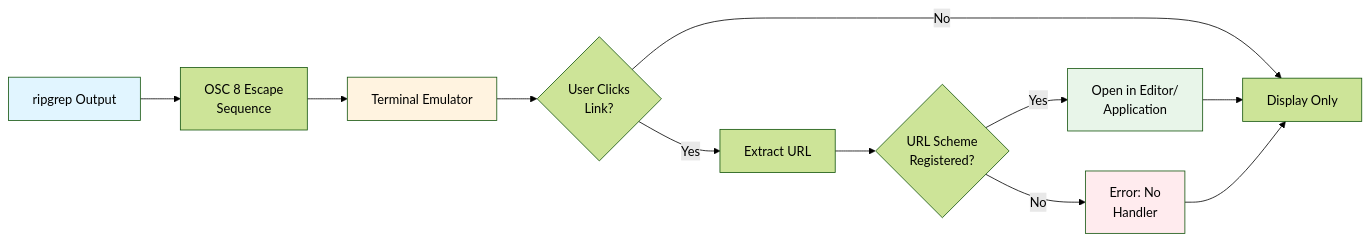
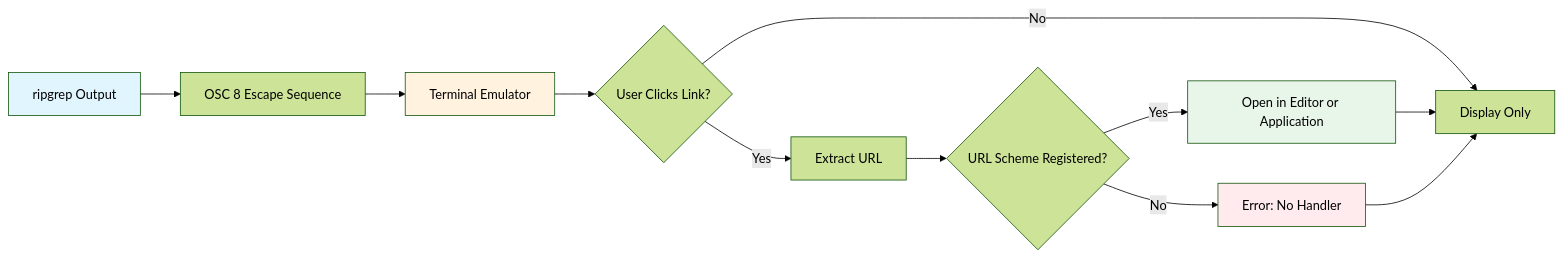
The diagram in docs/hyperlinks.md (iepathos/ripgrep), drawn with Mermaid (forest theme) before and after one commit. The commit also changed other lines of this file, not shown here.

First line of the commit message:
docs: enhance hyperlinks page with improved diagram syntax and strategic admonitions

````diff
--- a/docs/hyperlinks.md
+++ b/docs/hyperlinks.md
@@ -13,23 +13,18 @@
 ```mermaid
 flowchart LR
-    A[ripgrep Output] --> B["OSC 8 Escape
-Sequence"]
+    A[ripgrep Output] --> B["OSC 8 Escape Sequence"]
     B --> C[Terminal Emulator]
-    C --> D{"User Clicks
-Link?"}
+    C --> D{User Clicks Link?}
     D -->|Yes| E[Extract URL]
     D -->|No| End[Display Only]
-    E --> F{"URL Scheme
-Registered?"}
-    F -->|Yes| G["Open in Editor/
-Application"]
-    F -->|No| H["Error: No
-Handler"]
+    E --> F{URL Scheme Registered?}
+    F -->|Yes| G[Open in Editor or Application]
+    F -->|No| H[Error: No Handler]
     G --> End
     H --> End
 
     style A fill:#e1f5ff
     style C fill:#fff3e0
     style G fill:#e8f5e9
     style H fill:#ffebee
 ```
````
